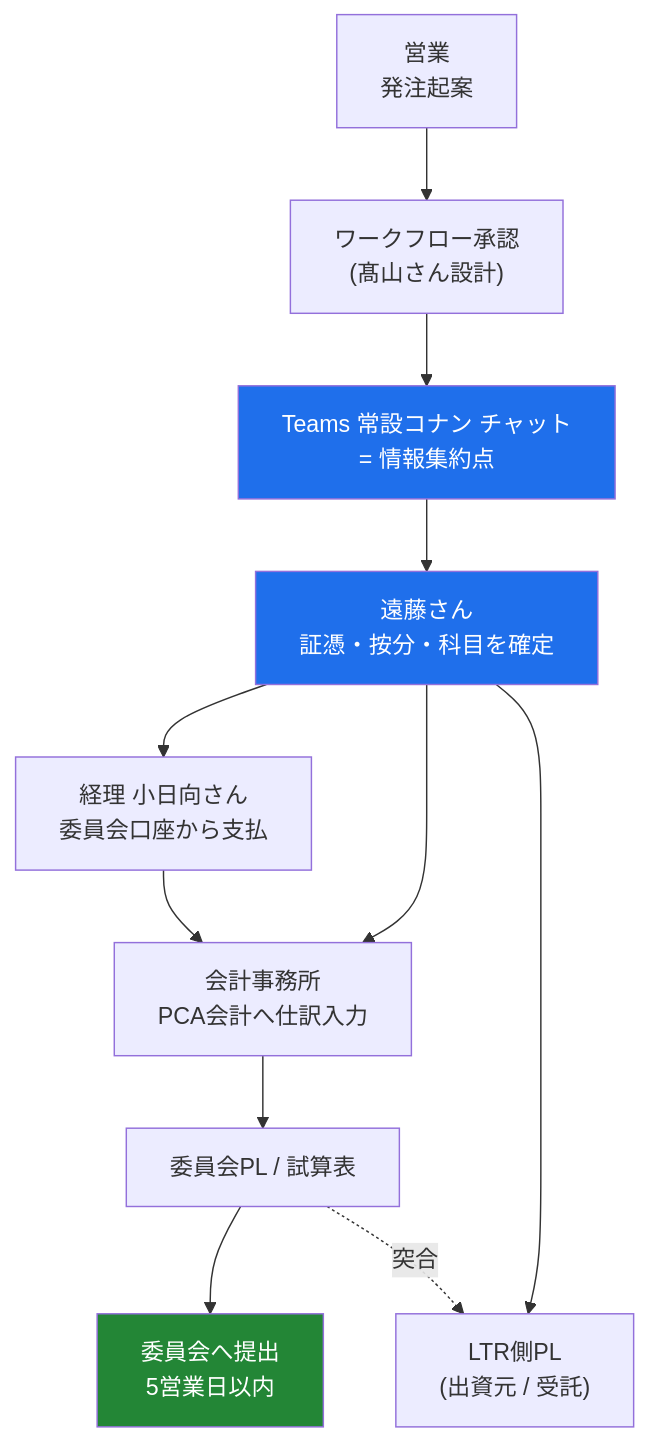
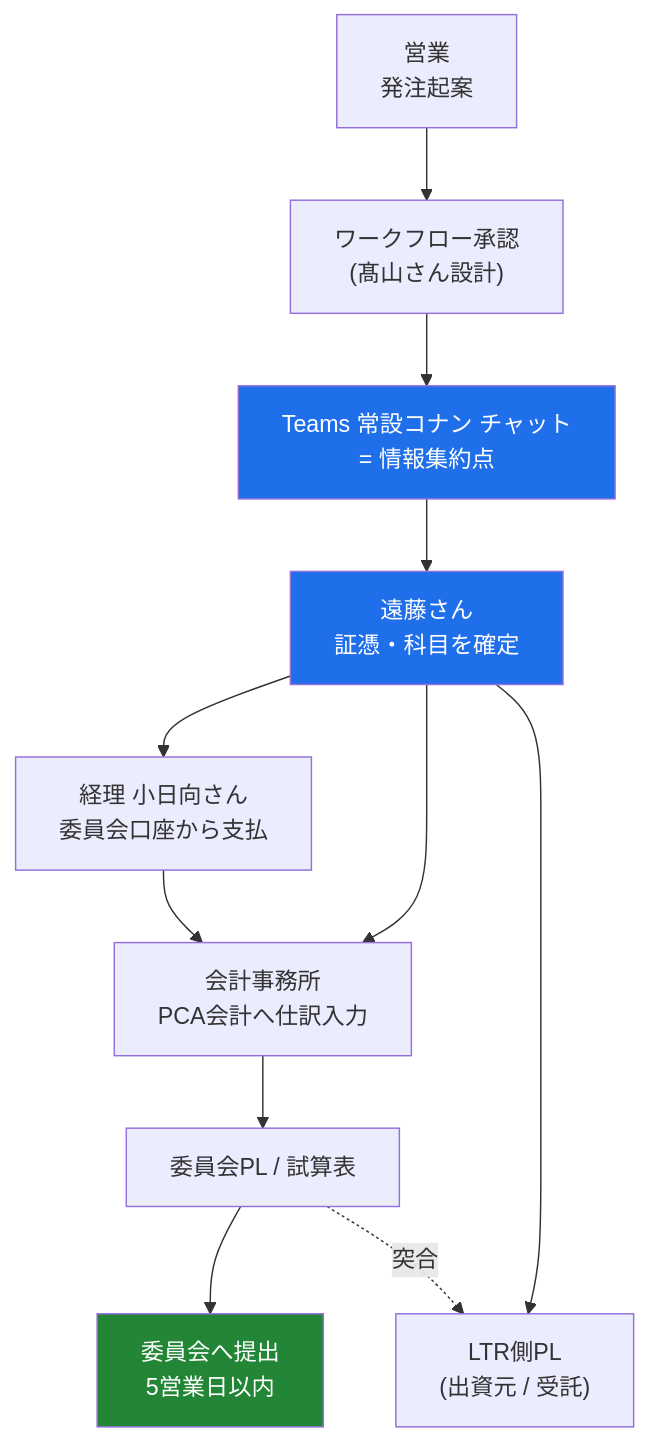
The first of 6 diagrams in internal/02_業務フロー_文章と図解.md (maa-a/Antigravity-test), drawn with Mermaid before and after one commit. The commit also changed other lines of this file and 5 other files, not shown here.

First line of the commit message:
Update the flow documents with the reviewed corrections

````diff
--- a/internal/02_業務フロー_文章と図解.md
+++ b/internal/02_業務フロー_文章と図解.md
@@ -58,17 +58,17 @@
 ```mermaid
 flowchart TD
     A["営業<br/>発注起案"] --> B["ワークフロー承認<br/>(髙山さん設計)"]
     B --> C["Teams 常設コナン チャット<br/>= 情報集約点"]
-    C --> D["遠藤さん<br/>証憑・按分・科目を確定"]
+    C --> D["遠藤さん<br/>証憑・科目を確定"]
     D --> E["経理 小日向さん<br/>委員会口座から支払"]
     D --> F["会計事務所<br/>PCA会計へ仕訳入力"]
     E --> F
     F --> G["委員会PL / 試算表"]
     G --> H["委員会へ提出<br/>5営業日以内"]
     D --> I["LTR側PL<br/>(出資元 / 受託)"]
     G -.突合.-> I
 
     style C fill:#1f6feb,color:#fff
     style D fill:#1f6feb,color:#fff
     style H fill:#238636,color:#fff
 ```
````
